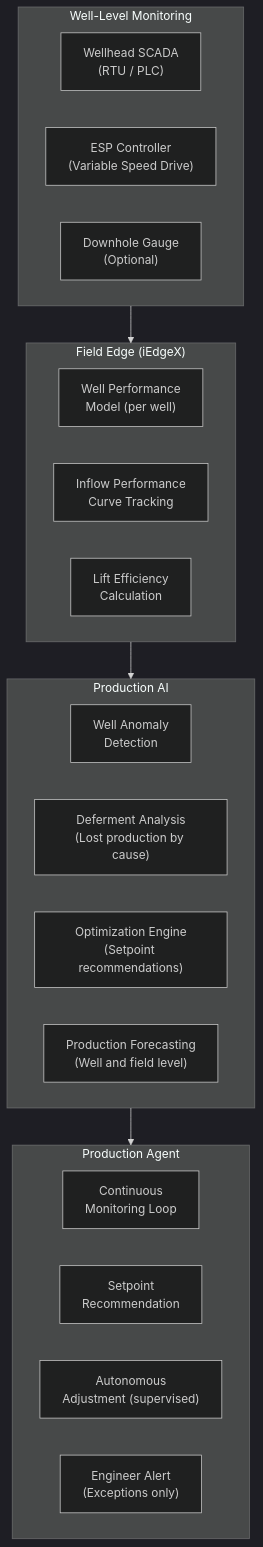
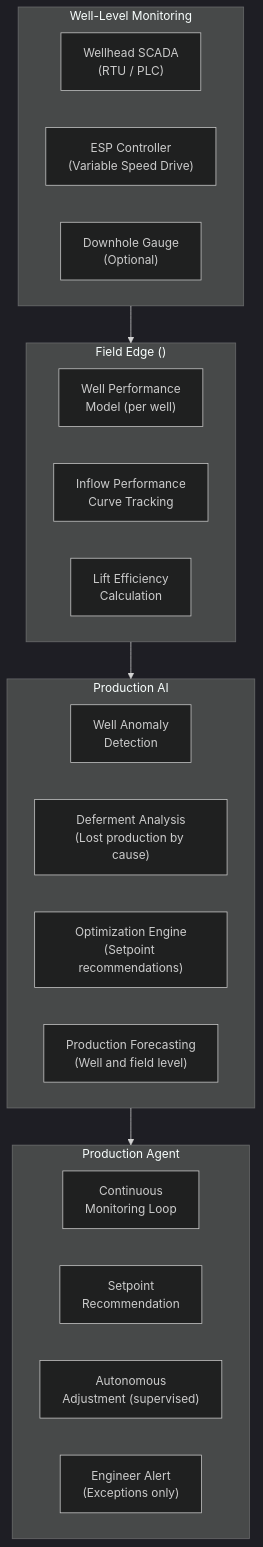
Before and after one commit to dakhasuresh/Industrial-AI-Data-Backbone: the first of 5 diagrams in Industrial-AI-Data-Backbone/examples/oil-gas-use-cases.md, drawn with Mermaid (dark theme). The commit also changed other lines of this file and 8 other files, not shown here.

Commit message:
Remove all iEdgeX references — replace with generic architecture terminology

````diff
--- a/Industrial-AI-Data-Backbone/examples/oil-gas-use-cases.md
+++ b/Industrial-AI-Data-Backbone/examples/oil-gas-use-cases.md
@@ -41,30 +41,30 @@
 ```mermaid
 graph TB
     subgraph WELL_LEVEL["Well-Level Monitoring"]
         WELLHEAD["Wellhead SCADA\n(RTU / PLC)"]
         ESP_CTRL["ESP Controller\n(Variable Speed Drive)"]
         DOWNHOLE["Downhole Gauge\n(Optional)"]
     end
 
-    subgraph FIELD_EDGE["Field Edge (iEdgeX)"]
+    subgraph FIELD_EDGE["Field Edge ()"]
         WELL_MODEL["Well Performance\nModel (per well)"]
         INFLOW["Inflow Performance\nCurve Tracking"]
         LIFT_EFFICIENCY["Lift Efficiency\nCalculation"]
     end
 
     subgraph PROD_AI["Production AI"]
         ANOMALY_WELL["Well Anomaly\nDetection"]
         DEFERMENT["Deferment Analysis\n(Lost production by cause)"]
         OPTIM["Optimization Engine\n(Setpoint recommendations)"]
         FORECAST_PROD["Production Forecasting\n(Well and field level)"]
     end
 
     subgraph AGENT["Production Agent"]
         MONITOR_AG["Continuous\nMonitoring Loop"]
         RECOMMEND["Setpoint\nRecommendation"]
         AUTO_ADJ["Autonomous\nAdjustment (supervised)"]
         ENG_ALERT["Engineer Alert\n(Exceptions only)"]
     end
 
     WELL_LEVEL --> FIELD_EDGE --> PROD_AI --> AGENT
 ```
````
